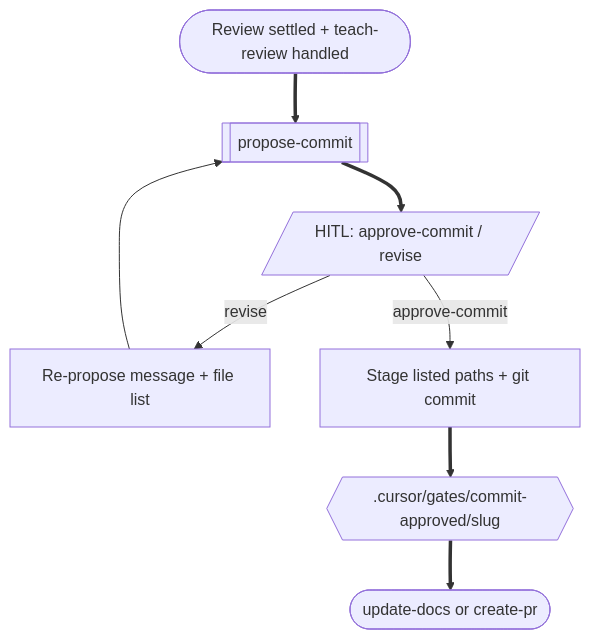
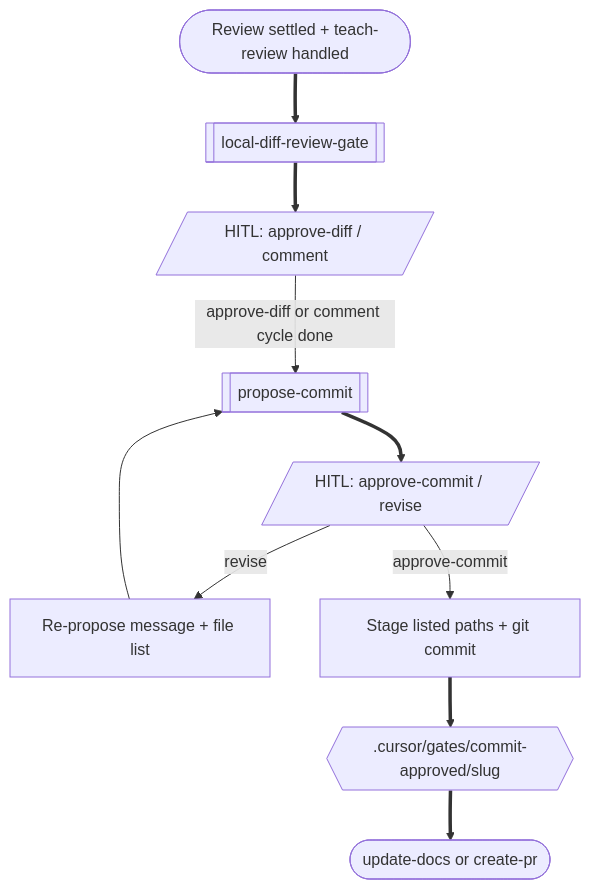
The ninth of 14 diagrams in docs/superpowers/pipeline-flow.md (a-trembak/cursor-spells), drawn with Mermaid before and after one commit. The commit also changed other lines of this file and 14 other files, not shown here.

First line of the commit message:
feat(engineer-review): add local-diff-review-gate before propose-commit

````diff
--- a/docs/superpowers/pipeline-flow.md
+++ b/docs/superpowers/pipeline-flow.md
@@ -464,18 +472,22 @@
 ```mermaid
 flowchart TD
   reviewDone(["Review settled + teach-review handled"])
+  localDiff[["local-diff-review-gate"]]
+  hitlDiff[/"HITL: approve-diff / comment"/]
   propose[["propose-commit"]]
   hitlCommit[/"HITL: approve-commit / revise"/]
   revise["Re-propose message + file list"]
   stageCommit["Stage listed paths + git commit"]
   writeCommit{{".cursor/gates/commit-approved/slug"}}
   toDocs(["update-docs or create-pr"])
 
-  reviewDone ==> propose
+  reviewDone ==> localDiff
+  localDiff ==> hitlDiff
+  hitlDiff -->|"approve-diff or comment cycle done"| propose
   propose ==> hitlCommit
   hitlCommit -->|"revise"| revise
   revise --> propose
   hitlCommit -->|"approve-commit"| stageCommit
   stageCommit ==> writeCommit
   writeCommit ==> toDocs
 ```
````
